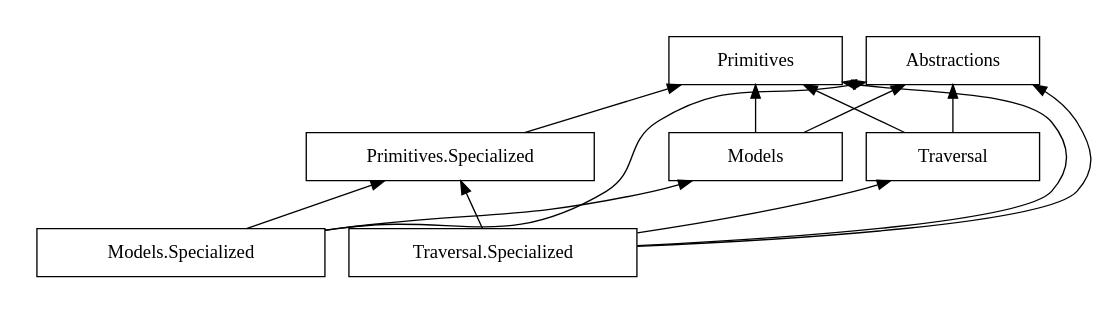
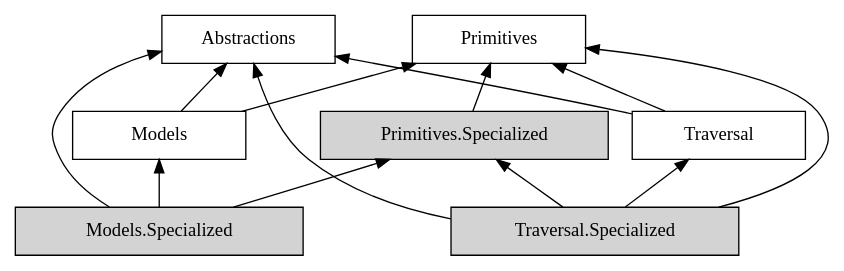
The diagram in tools/Tools.Workbench/IndexedGraphs/10.gv (qbit86/arborescence), drawn with Graphviz before and after one commit.

Commit message:
[Tests] Colorize graph in 10.gv

```diff
--- a/tools/Tools.Workbench/IndexedGraphs/10.gv
+++ b/tools/Tools.Workbench/IndexedGraphs/10.gv
@@ -1,33 +1,29 @@
 digraph Packages {
   rankdir=BT
   node [shape=box fixedsize=true fontname="JetBrains Mono"]
   subgraph Generic {
-    cluster=true
-    style=invis
     node [width=1.8]
     a [label=Abstractions]
     b [label=Primitives]
     c [label=Models]
     d [label=Traversal]
   }
   subgraph Specialized {
-    cluster=true
-    style=invis
-    node [width=3.0]
+    node [width=3.0 style=filled]
     e [label="Primitives.Specialized"]
     f [label="Models.Specialized"]
     g [label="Traversal.Specialized"]
   }
   c -> a
   c -> b
   d -> a
   d -> b
   e -> b
   f -> a
   f -> c
   f -> e
   g -> a
   g -> b
   g -> d
   g -> e
 }
```
